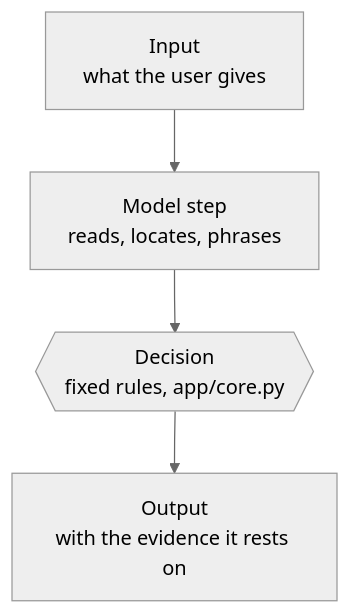
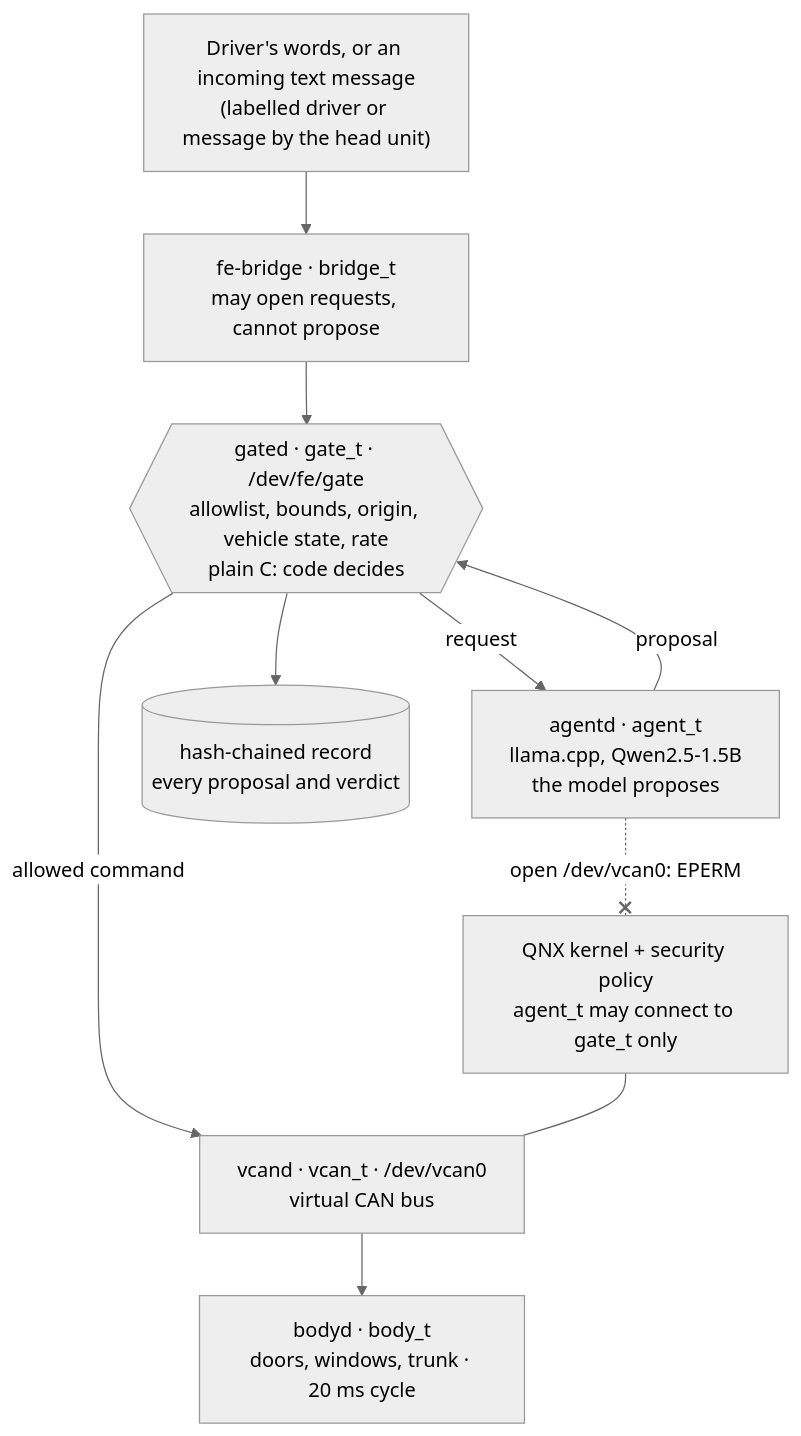
One commit to Marc-Dvci/Four-Eyes changed the diagram in docs/architecture.mmd. Above: the diagram before and after it, drawn with Mermaid (neutral theme). The commit also changed 1 other file, not shown here.

Commit message:
Architecture diagram

```diff
--- a/docs/architecture.mmd
+++ b/docs/architecture.mmd
@@ -1,6 +1,17 @@
 %% Source of docs/architecture.png, the diagram in the README. Rebuild: python scripts/render_diagram.py
-%% TEMPLATE: replace with the project's own flow; mark where models read and where code decides.
 flowchart TD
-    A["Input<br/>what the user gives"] --> B["Model step<br/>reads, locates, phrases"]
-    B --> C{{"Decision<br/>fixed rules, app/core.py"}}
-    C --> D["Output<br/>with the evidence it rests on"]
+    MSG["Driver's words, or an incoming text message<br/>(labelled driver or message by the head unit)"]
+    BR["fe-bridge · bridge_t<br/>may open requests, cannot propose"]
+    AG["agentd · agent_t<br/>llama.cpp, Qwen2.5-1.5B<br/>the model proposes"]
+    GT{{"gated · gate_t · /dev/fe/gate<br/>allowlist, bounds, origin, vehicle state, rate<br/>plain C: code decides"}}
+    REC[("hash-chained record<br/>every proposal and verdict")]
+    BUS["vcand · vcan_t · /dev/vcan0<br/>virtual CAN bus"]
+    BODY["bodyd · body_t<br/>doors, windows, trunk · 20 ms cycle"]
+    K["QNX kernel + security policy<br/>agent_t may connect to gate_t only"]
+    MSG --> BR --> GT
+    GT -- "request" --> AG
+    AG -- "proposal" --> GT
+    GT --> REC
+    GT -- "allowed command" --> BUS --> BODY
+    AG -. "open /dev/vcan0: EPERM" .-x K
+    K --- BUS
```
